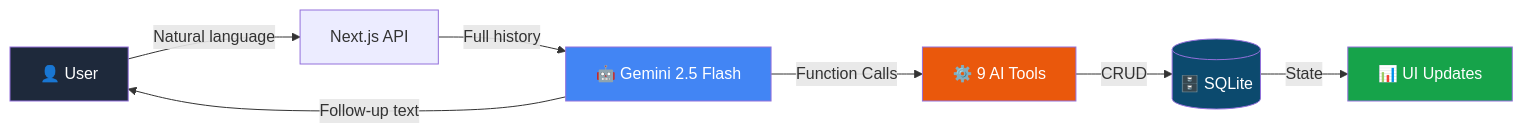
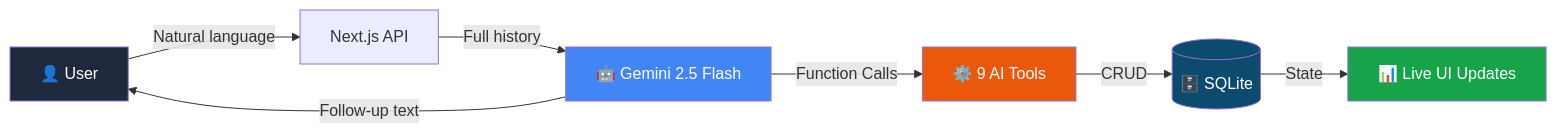
The first of 2 diagrams in README.md (itsdivyanshuno/deadClock), drawn with Mermaid before and after one commit. The commit also changed other lines of this file and 2 other files, not shown here.

````diff
--- a/README.md
+++ b/README.md
@@ -50,14 +47,15 @@
 ```mermaid
 graph LR
-    A[👤 User] -->|"Natural language"| B[Next.js API]
+    A[👤 User] -->|Natural language| B[Next.js API]
     B -->|Full history| C[🤖 Gemini 2.5 Flash]
     C -->|Function Calls| D[⚙️ 9 AI Tools]
     D -->|CRUD| E[(🗄️ SQLite)]
-    E -->|State| F[📊 UI Updates]
+    E -->|State| F[📊 Live UI Updates]
     C -->|Follow-up text| A
+
     style A fill:#1e293b,color:#fff
     style C fill:#4285F4,color:#fff
     style D fill:#EA580C,color:#fff
     style E fill:#0c4a6e,color:#fff
     style F fill:#16a34a,color:#fff
 ```
````
